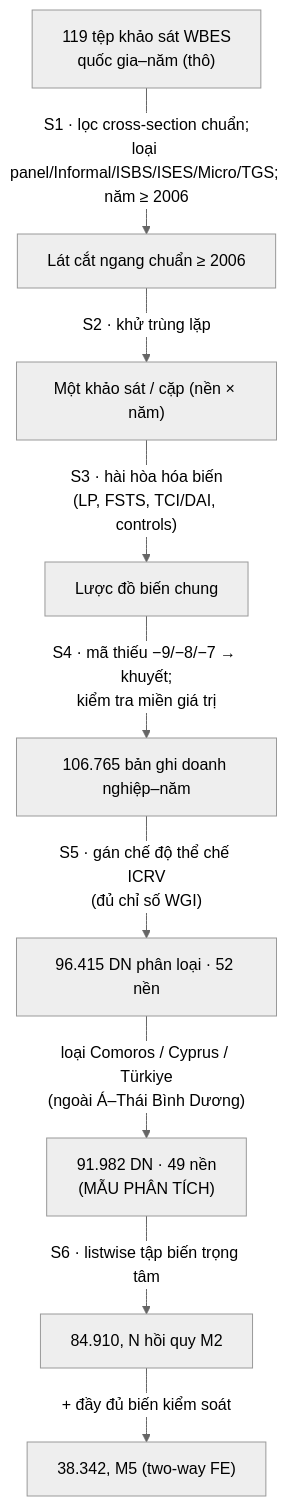
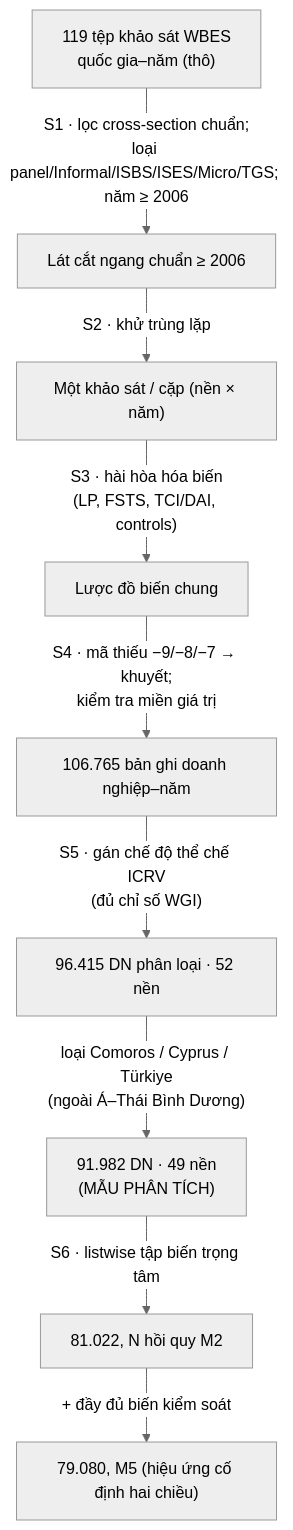
The diagram in thesis/phu_luc_A_hop_nhat_du_lieu_vi.md (thuyhuongctu-cell/my_thesis_phd_candidate_26), drawn with Mermaid (neutral theme) before and after one commit. The commit also changed other lines of this file and 21 other files, not shown here.

````diff
--- a/thesis/phu_luc_A_hop_nhat_du_lieu_vi.md
+++ b/thesis/phu_luc_A_hop_nhat_du_lieu_vi.md
@@ -75,11 +75,11 @@
 ```mermaid
 flowchart TD
     A["119 tệp khảo sát WBES<br/>quốc gia–năm (thô)"] -->|"S1 · lọc cross-section chuẩn;<br/>loại panel/Informal/ISBS/ISES/Micro/TGS; năm ≥ 2006"| B["Lát cắt ngang chuẩn ≥ 2006"]
     B -->|"S2 · khử trùng lặp"| C["Một khảo sát / cặp (nền × năm)"]
     C -->|"S3 · hài hòa hóa biến<br/>(LP, FSTS, TCI/DAI, controls)"| D["Lược đồ biến chung"]
     D -->|"S4 · mã thiếu −9/−8/−7 → khuyết;<br/>kiểm tra miền giá trị"| E["106.765 bản ghi doanh nghiệp–năm"]
     E -->|"S5 · gán chế độ thể chế ICRV<br/>(đủ chỉ số WGI)"| F["96.415 DN phân loại · 52 nền"]
     F -->|"loại Comoros / Cyprus / Türkiye<br/>(ngoài Á–Thái Bình Dương)"| G["91.982 DN · 49 nền<br/>(MẪU PHÂN TÍCH)"]
-    G -->|"S6 · listwise tập biến trọng tâm"| H["84.910, N hồi quy M2"]
-    H -->|"+ đầy đủ biến kiểm soát"| I["38.342, M5 (two-way FE)"]
+    G -->|"S6 · listwise tập biến trọng tâm"| H["81.022, N hồi quy M2"]
+    H -->|"+ đầy đủ biến kiểm soát"| I["79.080, M5 (hiệu ứng cố định hai chiều)"]
 ```
````
